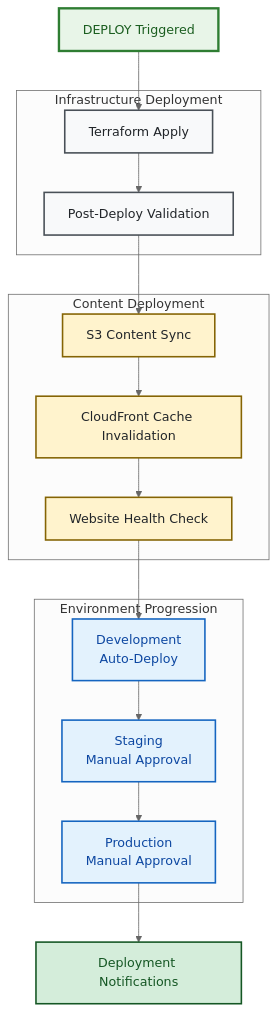
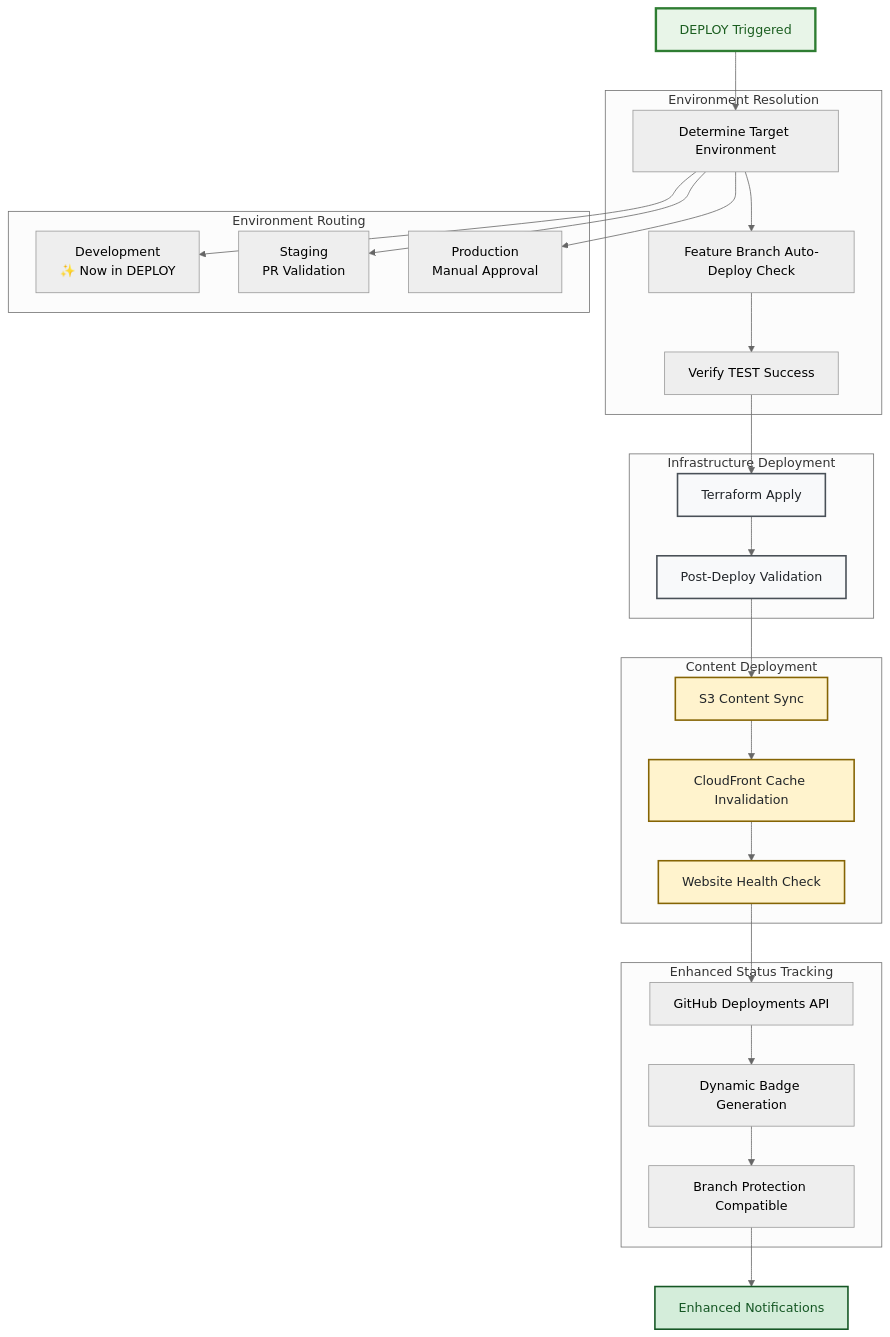
The fourth of 6 diagrams in docs/architecture/cicd.md (Celtikill/static-site), drawn with Mermaid (neutral theme) before and after one commit. The commit also changed other lines of this file and 2 other files, not shown here.

````diff
--- a/docs/architecture/cicd.md
+++ b/docs/architecture/cicd.md
@@ -215,52 +235,72 @@
 ```mermaid
 graph TB
     %% Accessibility
-    accTitle: DEPLOY Phase Workflow Details
-    accDescr: Detailed view of DEPLOY phase showing infrastructure deployment, content deployment, and multi-environment progression with approval gates
+    accTitle: Enhanced DEPLOY Phase Workflow Details
+    accDescr: Updated DEPLOY phase showing unified deployment handling all environments with enhanced badge tracking, branch protection compatibility, and development auto-deploy integration
     
     START[DEPLOY Triggered]
+    
+    subgraph "Environment Resolution"
+        ENV_CHECK[Determine Target Environment]
+        FEATURE_CHECK[Feature Branch Auto-Deploy Check]
+        TEST_VERIFY[Verify TEST Success]
+    end
     
     subgraph "Infrastructure Deployment"
         INFRA_DEPLOY[Terraform Apply]
         POST_VALIDATE[Post-Deploy Validation]
     end
     
     subgraph "Content Deployment"
         S3_SYNC[S3 Content Sync]
         CF_INVALIDATE[CloudFront Cache Invalidation]
         VERIFY[Website Health Check]
     end
     
-    subgraph "Environment Progression"
-        DEV_GATE[Development<br/>Auto-Deploy]
-        STAGING_GATE[Staging<br/>Manual Approval]
-        PROD_GATE[Production<br/>Manual Approval]
+    subgraph "Enhanced Status Tracking"
+        GITHUB_DEPLOY[GitHub Deployments API]
+        BADGE_UPDATE[Dynamic Badge Generation]
+        BRANCH_PROTECT[Branch Protection Compatible]
     end
     
-    NOTIFICATIONS_OUT[Deployment Notifications]
+    subgraph "Environment Routing"
+        DEV_ROUTE[Development<br/>✨ Now in DEPLOY]
+        STAGING_ROUTE[Staging<br/>PR Validation]
+        PROD_ROUTE[Production<br/>Manual Approval]
+    end
     
-    START --> INFRA_DEPLOY
+    NOTIFICATIONS_OUT[Enhanced Notifications]
+    
+    START --> ENV_CHECK
+    ENV_CHECK --> FEATURE_CHECK
+    FEATURE_CHECK --> TEST_VERIFY
+    
+    TEST_VERIFY --> INFRA_DEPLOY
     INFRA_DEPLOY --> POST_VALIDATE
     POST_VALIDATE --> S3_SYNC
     S3_SYNC --> CF_INVALIDATE
     CF_INVALIDATE --> VERIFY
     
-    VERIFY --> DEV_GATE
-    DEV_GATE --> STAGING_GATE
-    STAGING_GATE --> PROD_GATE
+    VERIFY --> GITHUB_DEPLOY
+    GITHUB_DEPLOY --> BADGE_UPDATE
+    BADGE_UPDATE --> BRANCH_PROTECT
     
-    PROD_GATE --> NOTIFICATIONS_OUT
+    ENV_CHECK --> DEV_ROUTE
+    ENV_CHECK --> STAGING_ROUTE
+    ENV_CHECK --> PROD_ROUTE
+    
+    BRANCH_PROTECT --> NOTIFICATIONS_OUT
     
     %% Styling
     classDef deployBox fill:#e8f5e8,stroke:#2e7d32,stroke-width:3px,color:#1b5e20
     classDef infraBox fill:#f8f9fa,stroke:#495057,stroke-width:2px,color:#212529
     classDef contentBox fill:#fff3cd,stroke:#856404,stroke-width:2px,color:#212529
     classDef envBox fill:#e3f2fd,stroke:#1565c0,stroke-width:2px,color:#0d47a1
     classDef outputBox fill:#d4edda,stroke:#155724,stroke-width:2px,color:#155724
     
     class START deployBox
     class INFRA_DEPLOY,POST_VALIDATE infraBox
     class S3_SYNC,CF_INVALIDATE,VERIFY contentBox
     class DEV_GATE,STAGING_GATE,PROD_GATE envBox
     class NOTIFICATIONS_OUT outputBox
 ```
````
